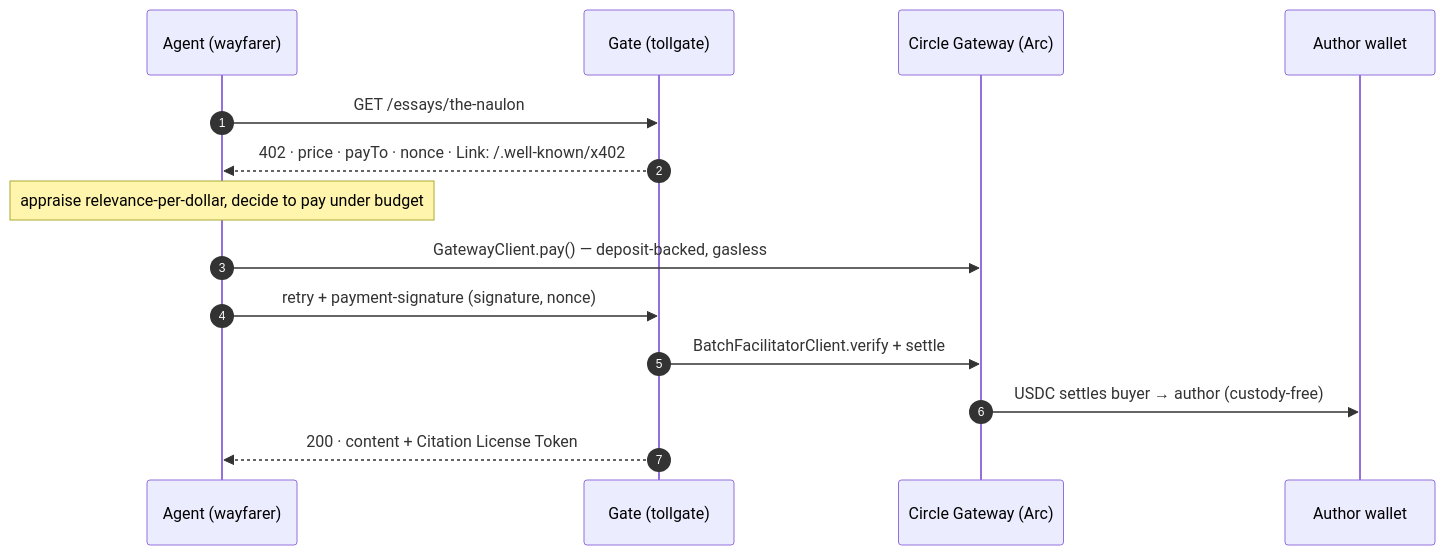
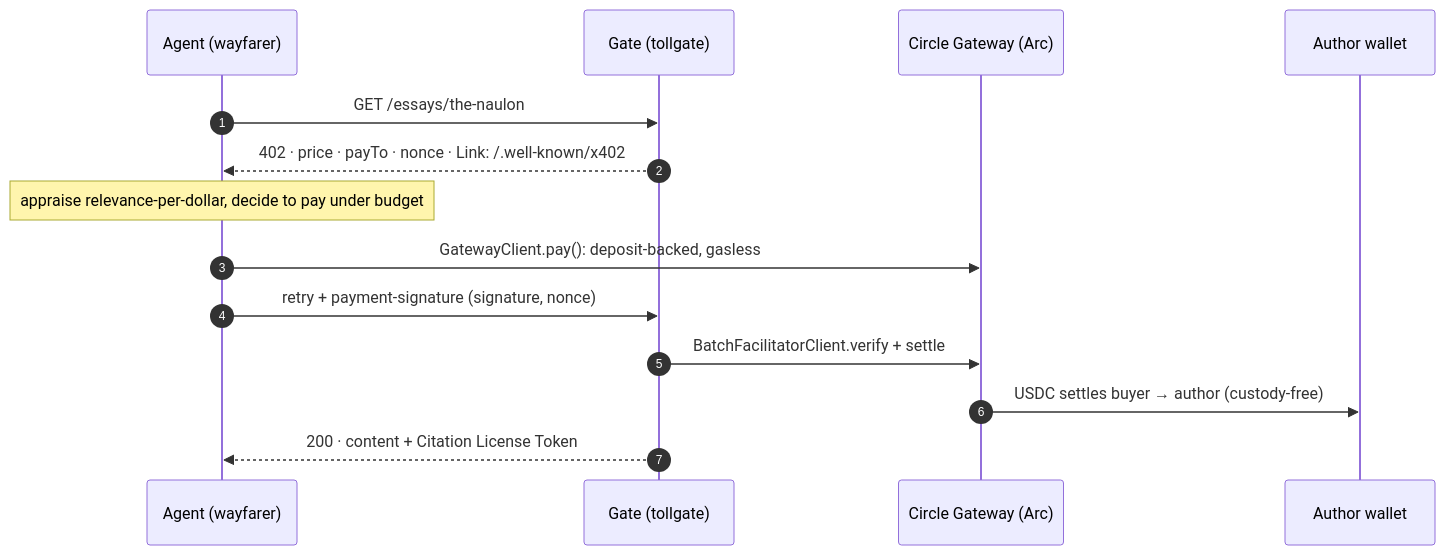
Before and after one commit to naulonapp/naulon: the fourth of 4 diagrams in README.md, drawn with Mermaid. The commit also changed other lines of this file and 19 other files, not shown here.

````diff
--- a/README.md
+++ b/README.md
@@ -393,17 +393,17 @@
 ```mermaid
 sequenceDiagram
     autonumber
     participant A as Agent (wayfarer)
     participant G as Gate (tollgate)
     participant C as Circle Gateway (Arc)
     participant Au as Author wallet
 
     A->>G: GET /essays/the-naulon
     G-->>A: 402 · price · payTo · nonce · Link: /.well-known/x402
     Note over A: appraise relevance-per-dollar, decide to pay under budget
-    A->>C: GatewayClient.pay() — deposit-backed, gasless
+    A->>C: GatewayClient.pay(): deposit-backed, gasless
     A->>G: retry + payment-signature (signature, nonce)
     G->>C: BatchFacilitatorClient.verify + settle
     C->>Au: USDC settles buyer → author (custody-free)
     G-->>A: 200 · content + Citation License Token
 ```
````
